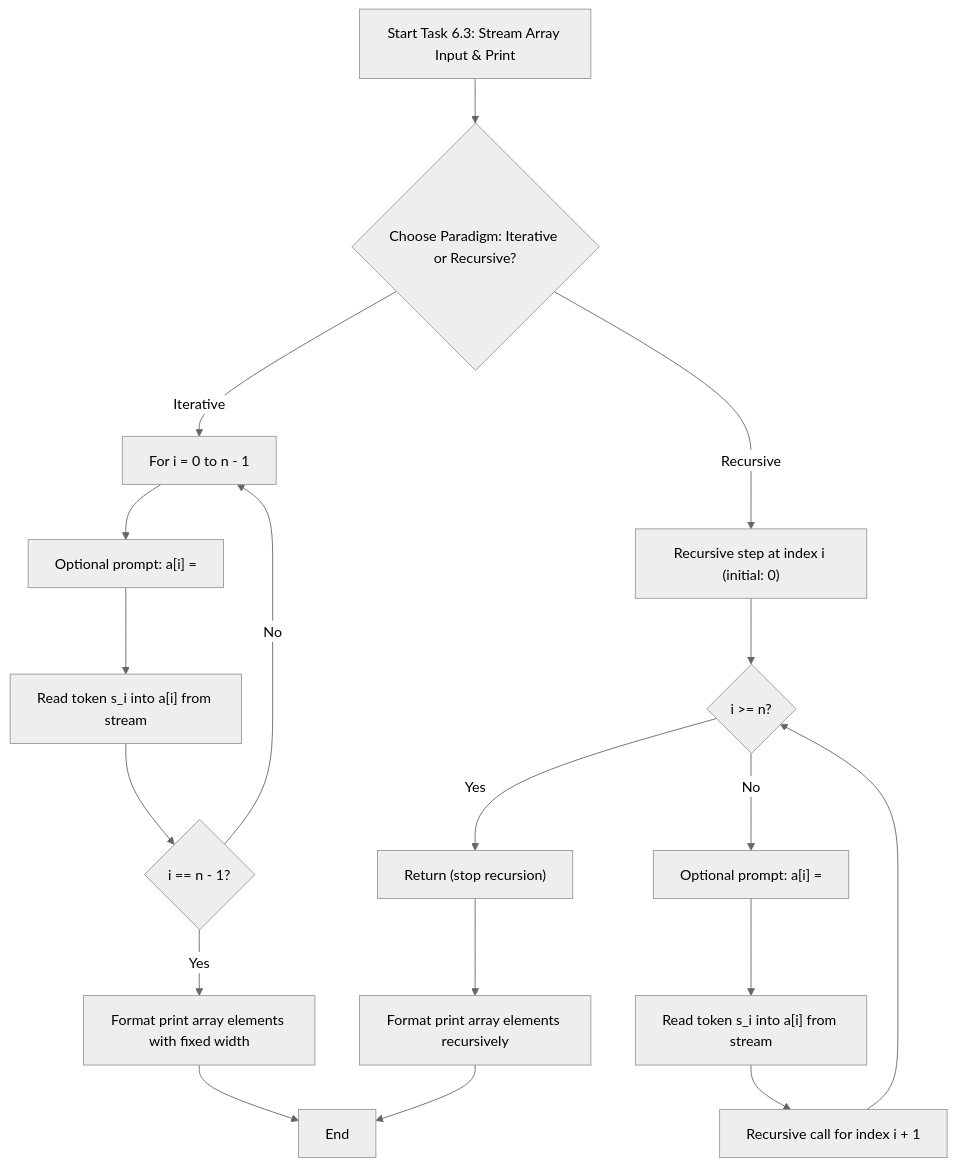
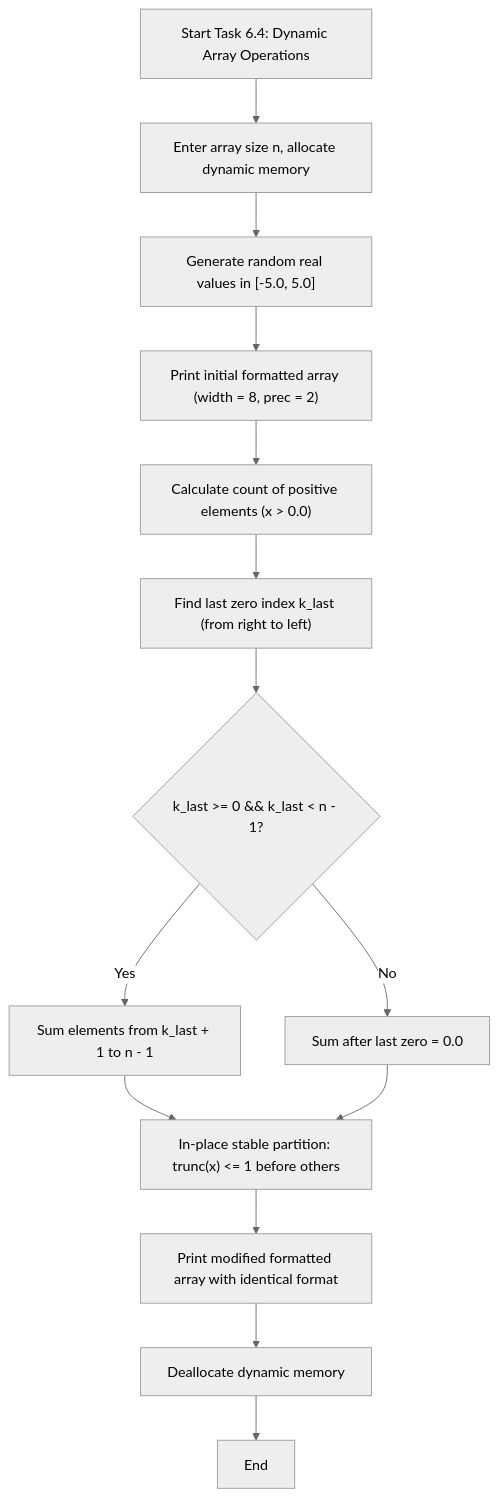
One commit to lviv-polytech/alg-cpp-labs changed the first of 3 diagrams in Lb6/README.md. Above: the diagram before and after it, drawn with Mermaid (neutral theme). The commit also changed other lines of this file and 5 other files, not shown here.

Commit message:
feat(lab-06): implement task 6.4 dynamic array analysis and stable partition

````diff
--- a/Lb6/README.md
+++ b/Lb6/README.md
@@ -55,23 +64,16 @@
 ```mermaid
 flowchart TD
-    Start["Start Task 6.3: Stream Array Input & Print"] --> ChooseMode{"Choose Paradigm: Iterative or Recursive?"}
-    
-    ChooseMode -- "Iterative" --> ItLoop["For i = 0 to n - 1"]
-    ItLoop --> ItPrompt["Optional prompt: a[i] = "]
-    ItPrompt --> ItRead["Read token s_i into a[i] from stream"]
-    ItRead --> ItCheck{"i == n - 1?"}
-    ItCheck -- "No" --> ItLoop
-    ItCheck -- "Yes" --> ItPrint["Format print array elements with fixed width"]
-    
-    ChooseMode -- "Recursive" --> RecCall["Recursive step at index i (initial: 0)"]
-    RecCall --> BaseCase{"i >= n?"}
-    BaseCase -- "Yes" --> Terminate["Return (stop recursion)"]
-    BaseCase -- "No" --> RecPrompt["Optional prompt: a[i] = "]
-    RecPrompt --> RecRead["Read token s_i into a[i] from stream"]
-    RecRead --> RecNext["Recursive call for index i + 1"]
-    RecNext --> BaseCase
-    
-    ItPrint --> Finish["End"]
-    Terminate --> RecPrint["Format print array elements recursively"]
-    RecPrint --> Finish
+    Start["Start Task 6.4: Dynamic Array Operations"] --> InputSize["Enter array size n, allocate dynamic memory"]
+    InputSize --> InitArr["Generate random real values in [-5.0, 5.0]"]
+    InitArr --> PrintInit["Print initial formatted array (width = 8, prec = 2)"]
+    PrintInit --> CountPos["Calculate count of positive elements (x > 0.0)"]
+    CountPos --> FindZero["Find last zero index k_last (from right to left)"]
+    FindZero --> CheckZero{"k_last >= 0 && k_last < n - 1?"}
+    CheckZero -- "Yes" --> SumElements["Sum elements from k_last + 1 to n - 1"]
+    CheckZero -- "No" --> ZeroSum["Sum after last zero = 0.0"]
+    SumElements --> Partition["In-place stable partition: trunc(x) <= 1 before others"]
+    ZeroSum --> Partition
+    Partition --> PrintFinal["Print modified formatted array with identical format"]
+    PrintFinal --> Dealloc["Deallocate dynamic memory"]
+    Dealloc --> Finish["End"]
 ```
````
